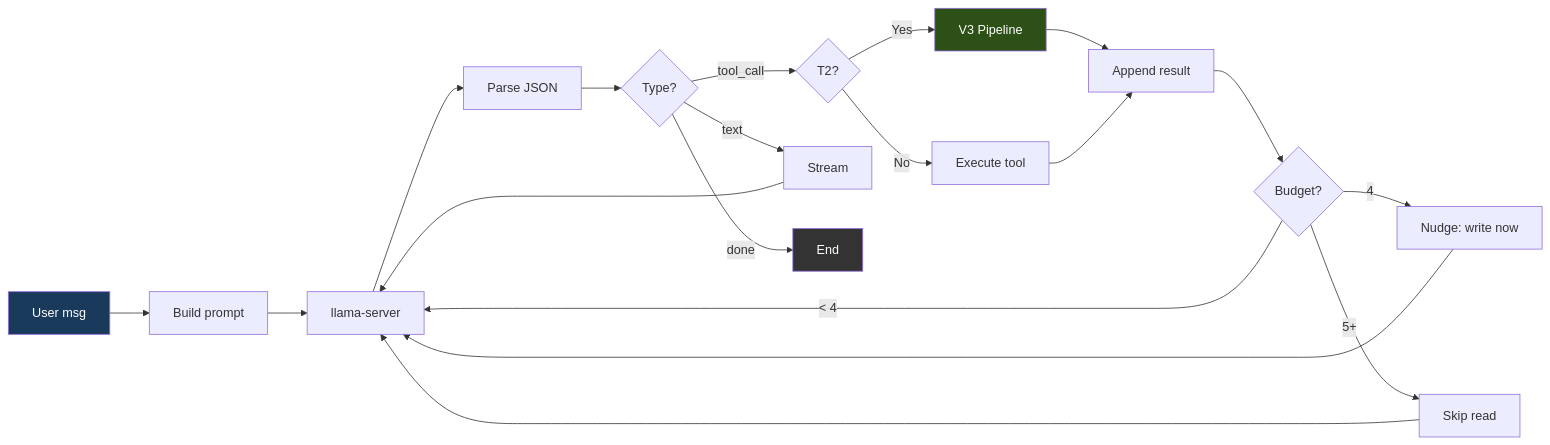
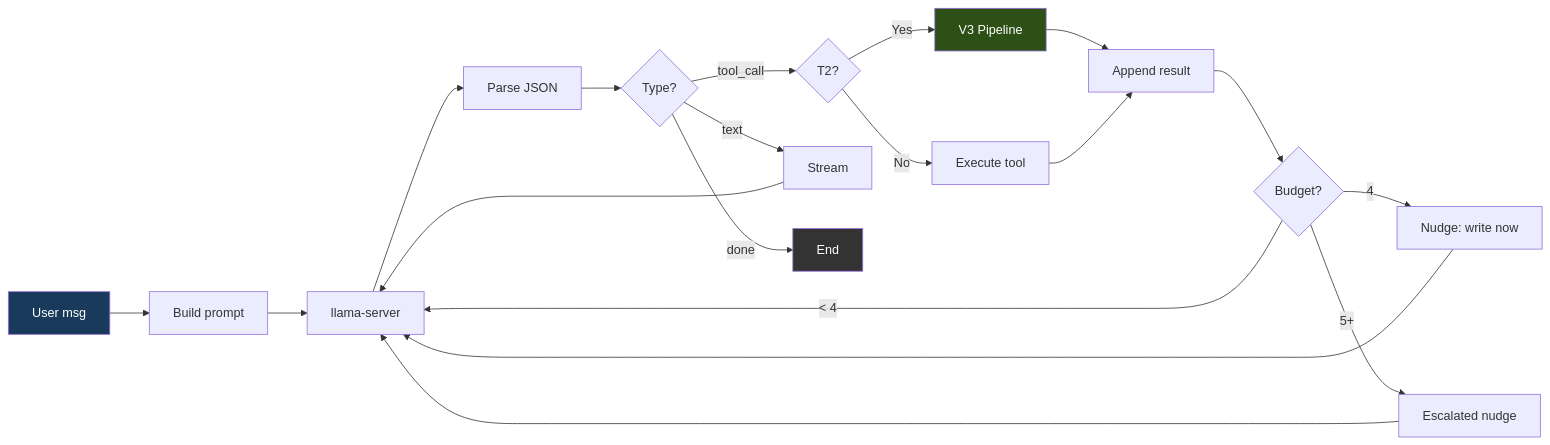
The third of 13 diagrams in docs/ARCHITECTURE.md (itigges22/ATLAS), drawn with Mermaid before and after one commit. The commit also changed other lines of this file and 5 other files, not shown here.

````diff
--- a/docs/ARCHITECTURE.md
+++ b/docs/ARCHITECTURE.md
@@ -112,20 +113,20 @@
 ```mermaid
 flowchart LR
     Start["User msg"] --> Build["Build prompt"] --> Call["llama-server"] --> Parse["Parse JSON"]
     Parse --> Route{Type?}
 
     Route -->|"tool_call"| Tier{"T2?"}
     Tier -->|"Yes"| V3["V3 Pipeline"] --> Result["Append result"]
     Tier -->|"No"| Exec["Execute tool"] --> Result
     Result --> Budget{"Budget?"}
     Budget -->|"< 4"| Call
     Budget -->|"4"| Warn["Nudge: write now"] --> Call
-    Budget -->|"5+"| Skip["Skip read"] --> Call
+    Budget -->|"5+"| Esc["Escalated nudge"] --> Call
 
     Route -->|"text"| Stream["Stream"] --> Call
     Route -->|"done"| Done["End"]
 
     style Start fill:#1a3a5c,color:#fff
     style Done fill:#333,color:#fff
     style V3 fill:#2d5016,color:#fff
 ```
````
